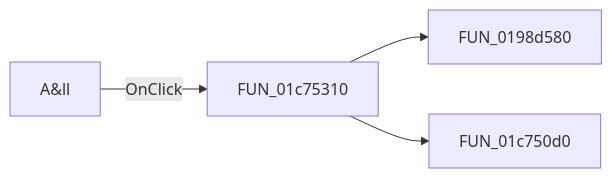
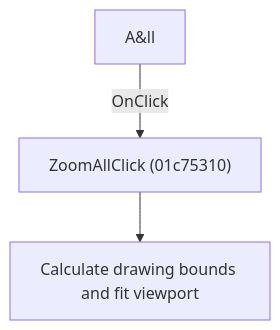
The diagram in docs/ui-controls/schematiceditor/zoomall-4c06e01d80.md (MovGP0/TIARA), drawn with Mermaid before and after one commit. The commit also changed other lines of this file and 1062 other files, not shown here.

````diff
--- a/docs/ui-controls/schematiceditor/zoomall-4c06e01d80.md
+++ b/docs/ui-controls/schematiceditor/zoomall-4c06e01d80.md
@@ -27,6 +27,5 @@
 ```mermaid
-flowchart LR
-    control["A&ll"] -->|OnClick| handler["FUN_01c75310"]
-    handler --> call1["FUN_0198d580"]
-    handler --> call2["FUN_01c750d0"]
+flowchart TD
+    control["A&ll"] -->|"OnClick"| handler["ZoomAllClick (01c75310)"]
+    handler --> action["Calculate drawing bounds and fit viewport"]
 ```
````
